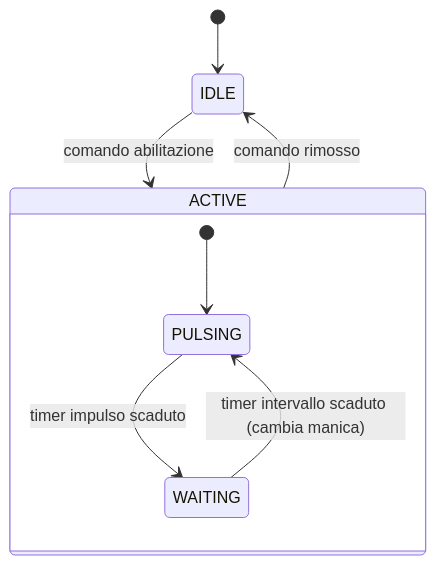
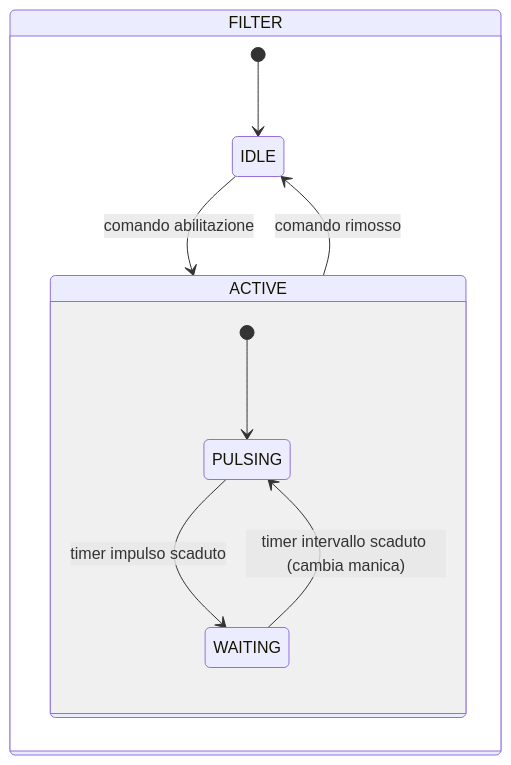
Before and after one commit to AleFire99/TIA_knowledge: the second of 2 diagrams in docs/library/filters/2-sleeves/index.it.md, drawn with Mermaid. The commit also changed other lines of this file and 199 other files, not shown here.

````diff
--- a/docs/library/filters/2-sleeves/index.it.md
+++ b/docs/library/filters/2-sleeves/index.it.md
@@ -98,12 +100,14 @@
 ```mermaid
 stateDiagram-v2
+state FILTER{
     [*] --> IDLE
     IDLE --> ACTIVE : comando abilitazione
     ACTIVE --> IDLE : comando rimosso
 
     state ACTIVE {
         [*] --> PULSING
         PULSING --> WAITING : timer impulso scaduto
         WAITING --> PULSING : timer intervallo scaduto (cambia manica)
     }
+}
 ```
````
